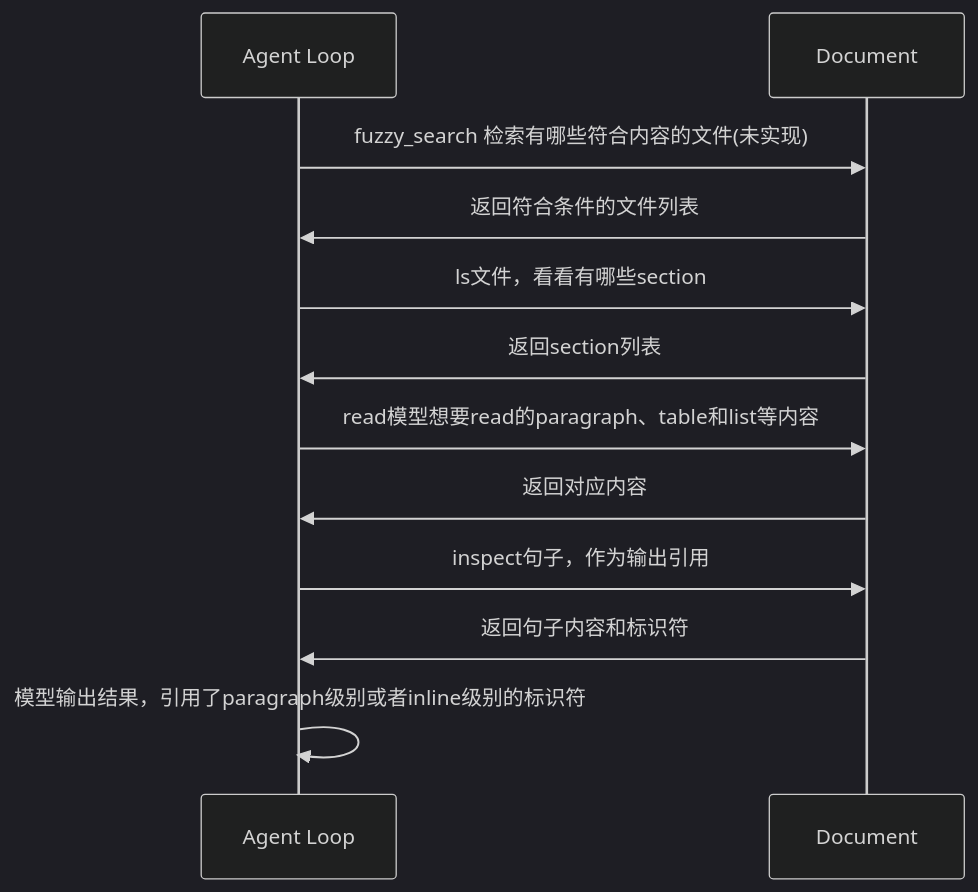
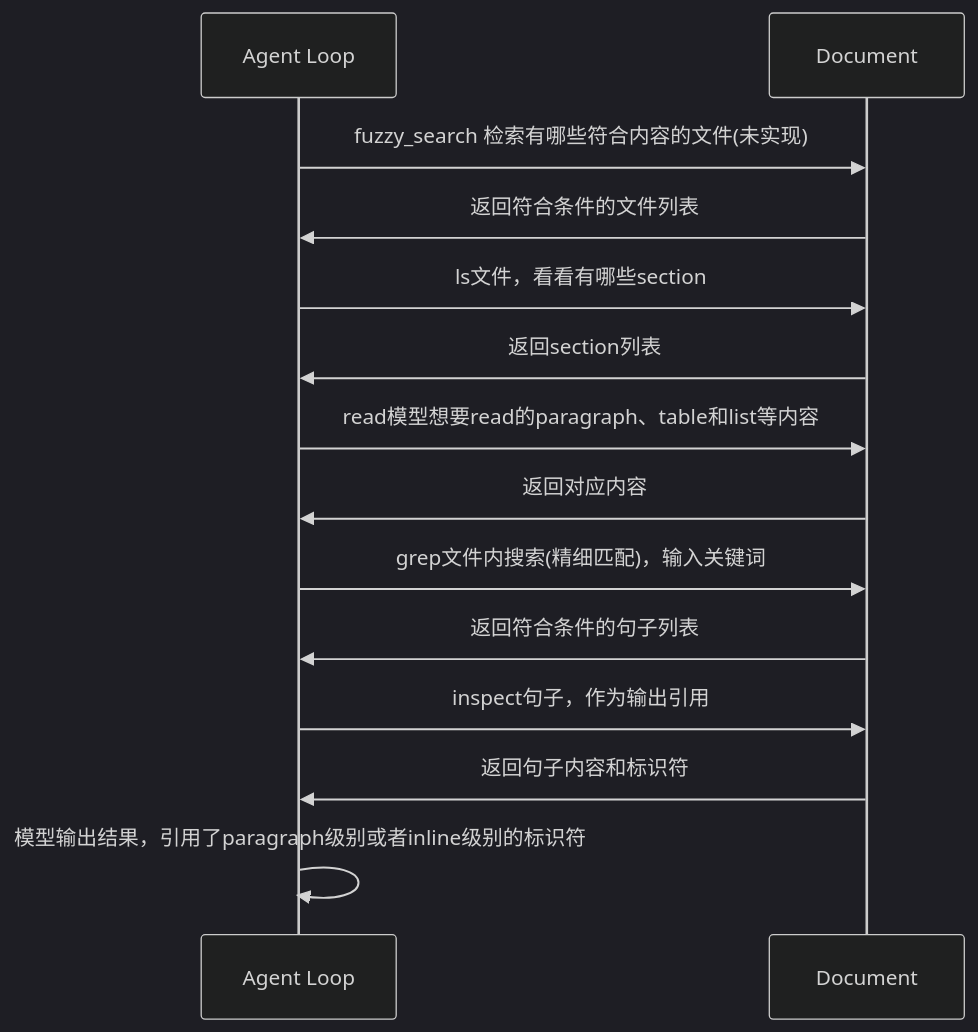
Before and after one commit to ADChahaha/TraceAgent: the diagram in agent/service/file_extraction_agent/docs/agent_loop.md, drawn with Mermaid (dark theme). The commit also changed 16 other files, not shown here.

Commit message:
Document QA flow and evidence review updates

````diff
--- a/agent/service/file_extraction_agent/docs/agent_loop.md
+++ b/agent/service/file_extraction_agent/docs/agent_loop.md
@@ -48,15 +48,17 @@
 ```mermaid
 sequenceDiagram
     participant A as Agent Loop
     participant D as Document
 
     A->>D: fuzzy_search 检索有哪些符合内容的文件(未实现)
     D->>A: 返回符合条件的文件列表
     A->>D: ls文件，看看有哪些section
     D->>A: 返回section列表
     A->>D: read模型想要read的paragraph、table和list等内容
     D->>A: 返回对应内容
+    A->>D: grep文件内搜索(精细匹配)，输入关键词
+    D->>A: 返回符合条件的句子列表
     A->>D: inspect句子，作为输出引用
     D->>A: 返回句子内容和标识符
     A->>A: 模型输出结果，引用了paragraph级别或者inline级别的标识符
 ```
````
